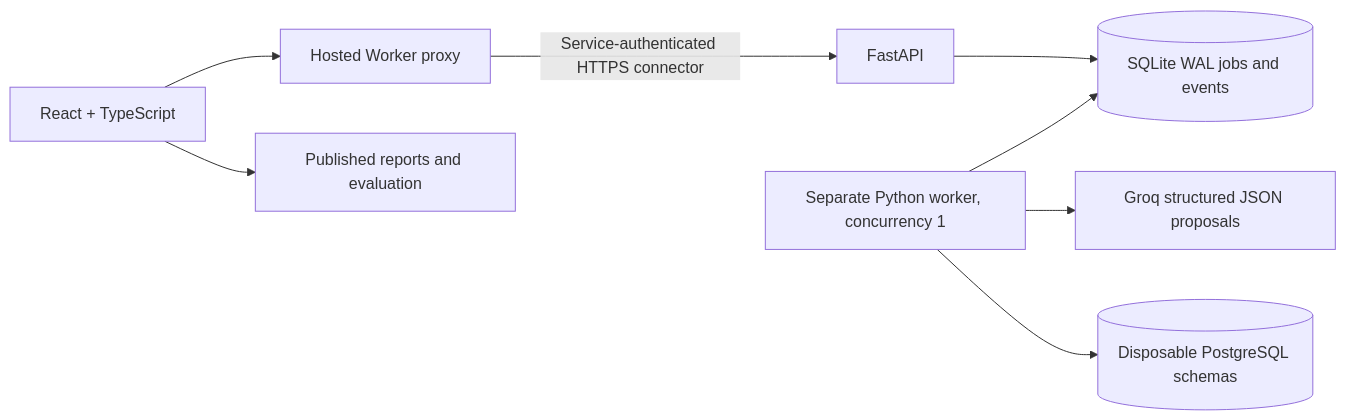
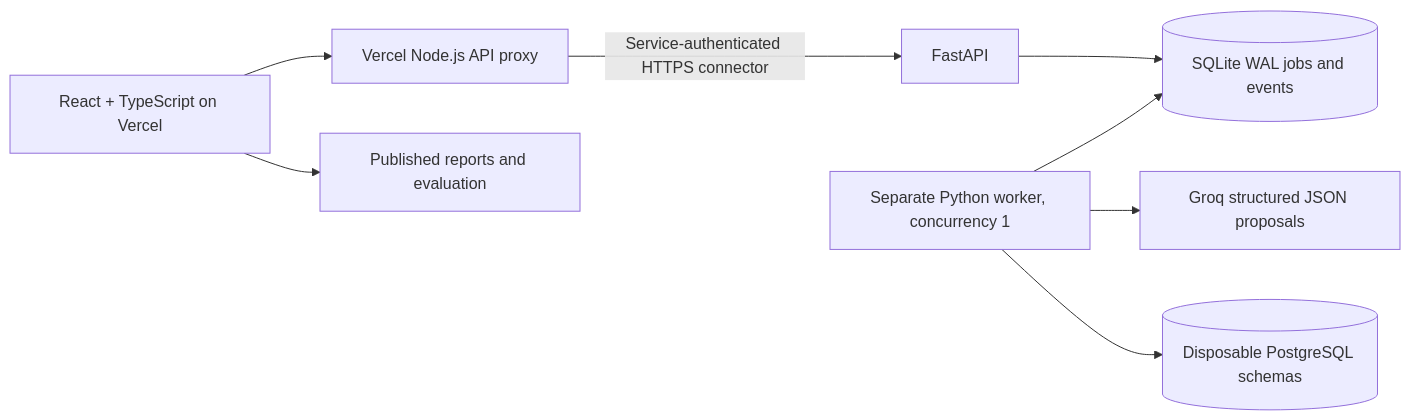
Before and after one commit to wauul/queryotter: the diagram in README.md, drawn with Mermaid. The commit also changed other lines of this file and 5 other files, not shown here.

Commit message:
Route nested API paths and document Vercel deployment

````diff
--- a/README.md
+++ b/README.md
@@ -52,10 +52,10 @@
 ```mermaid
 flowchart LR
-  UI[React + TypeScript] --> Edge[Hosted Worker proxy]
+  UI[React + TypeScript on Vercel] --> Edge[Vercel Node.js API proxy]
   Edge -->|Service-authenticated HTTPS connector| API[FastAPI]
   API --> Jobs[(SQLite WAL jobs and events)]
   Worker[Separate Python worker, concurrency 1] --> Jobs
   Worker --> Groq[Groq structured JSON proposals]
   Worker --> PG[(Disposable PostgreSQL schemas)]
   UI --> Reports[Published reports and evaluation]
 ```
````
